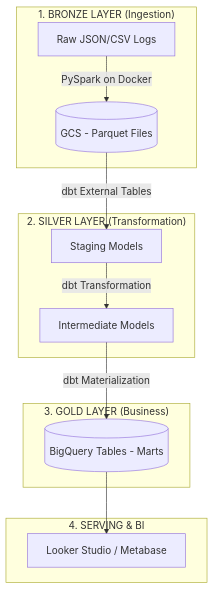
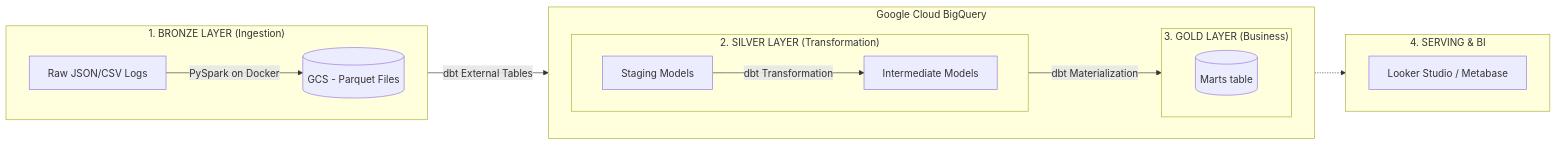
One commit to hoangf384/Bigdata changed the diagram in README.md. Above: the diagram before and after it, drawn with Mermaid.

````diff
--- a/README.md
+++ b/README.md
@@ -23,21 +23,32 @@
 ```mermaid
-graph TD
-    subgraph "1. BRONZE LAYER (Ingestion)"
-        A[Raw JSON/CSV Logs] -->|PySpark on Docker| B[(GCS - Parquet Files)]
+graph LR
+
+    subgraph Bronze ["1. BRONZE LAYER (Ingestion)"]
+        direction LR
+        A[Raw JSON/CSV Logs] -->|PySpark on Docker| B[(GCS - Parquet Files)]:::storage
     end
 
-    subgraph "2. SILVER LAYER (Transformation)"
-        B -->|dbt External Tables| C[Staging Models]
-        C -->|dbt Transformation| D[Intermediate Models]
+    subgraph BQ ["Google Cloud BigQuery"]
+        direction LR
+        
+        subgraph Silver ["2. SILVER LAYER (Transformation)"]
+            direction LR
+            C[Staging Models]:::compute -->|dbt Transformation| D[Intermediate Models]:::compute
+        end
+
+        subgraph Gold ["3. GOLD LAYER (Business)"]
+            direction LR
+            D -->|dbt Materialization| E[(Marts table)]:::storage
+        end
     end
 
-    subgraph "3. GOLD LAYER (Business)"
-        D -->|dbt Materialization| E[(BigQuery Tables - Marts)]
+    subgraph Serving ["4. SERVING & BI"]
+        direction LR
+        F[Looker Studio / Metabase]:::bi
     end
 
-    subgraph "4. SERVING & BI"
-        E --> F[Looker Studio / Metabase]
-    end
+    B -->|dbt External Tables| C
+    E -.-> F
 
 
 ```
````
